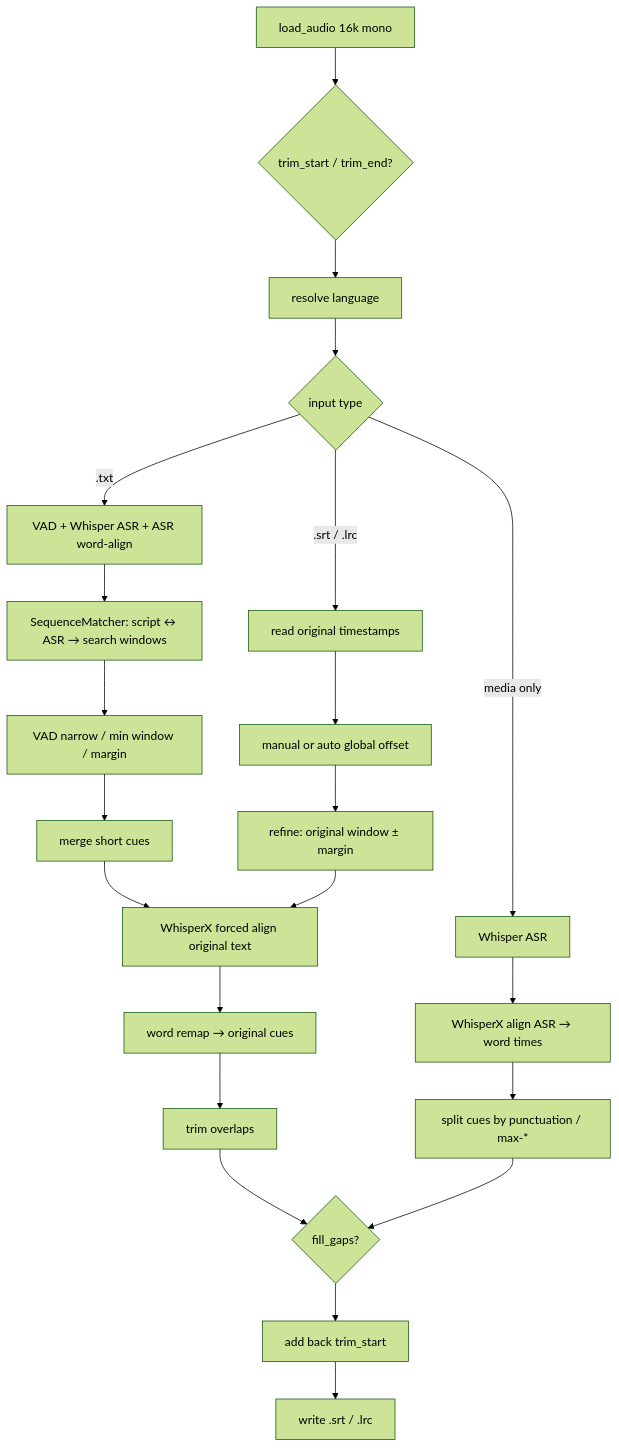
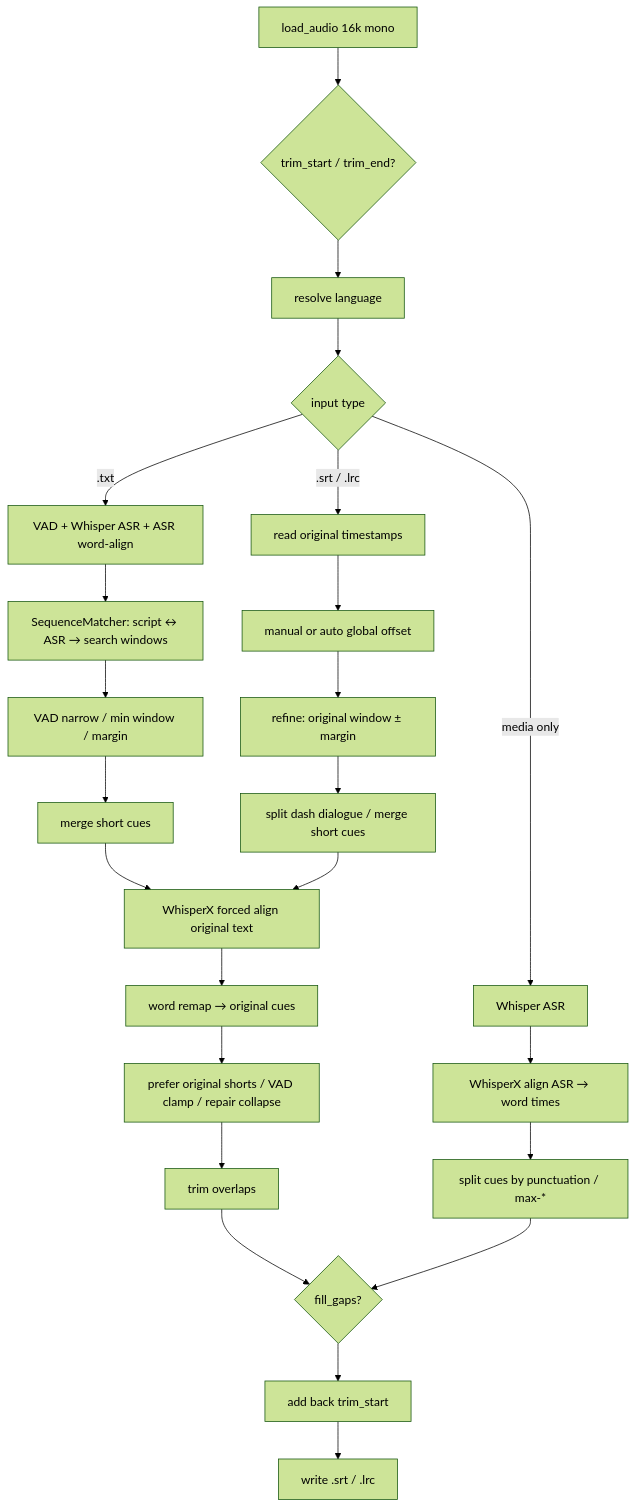
Before and after one commit to Jim-Elijah/sub-align: the diagram in docs/pipeline.md, drawn with Mermaid (forest theme). The commit also changed other lines of this file and 5 other files, not shown here.

Commit message:
fix: harden refine for short cues, dash dialogue, and VAD start drift

````diff
--- a/docs/pipeline.md
+++ b/docs/pipeline.md
@@ -11,24 +11,26 @@
 ```mermaid
 flowchart TD
   A[load_audio 16k mono] --> B{trim_start / trim_end?}
   B --> C[resolve language]
   C --> D{input type}
   D -->|media only| E[Whisper ASR]
   E --> F[WhisperX align ASR → word times]
   F --> G[split cues by punctuation / max-*]
   D -->|.txt| H[VAD + Whisper ASR + ASR word-align]
   H --> I[SequenceMatcher: script ↔ ASR → search windows]
   I --> J[VAD narrow / min window / margin]
   J --> K[merge short cues]
   K --> L[WhisperX forced align original text]
   D -->|.srt / .lrc| M[read original timestamps]
   M --> N[manual or auto global offset]
   N --> O[refine: original window ± margin]
-  O --> L
+  O --> O2[split dash dialogue / merge short cues]
+  O2 --> L
   L --> P[word remap → original cues]
-  P --> Q[trim overlaps]
+  P --> P2[prefer original shorts / VAD clamp / repair collapse]
+  P2 --> Q[trim overlaps]
   Q --> R{fill_gaps?}
   R --> S[add back trim_start]
   S --> T[write .srt / .lrc]
   G --> R
 ```
````
